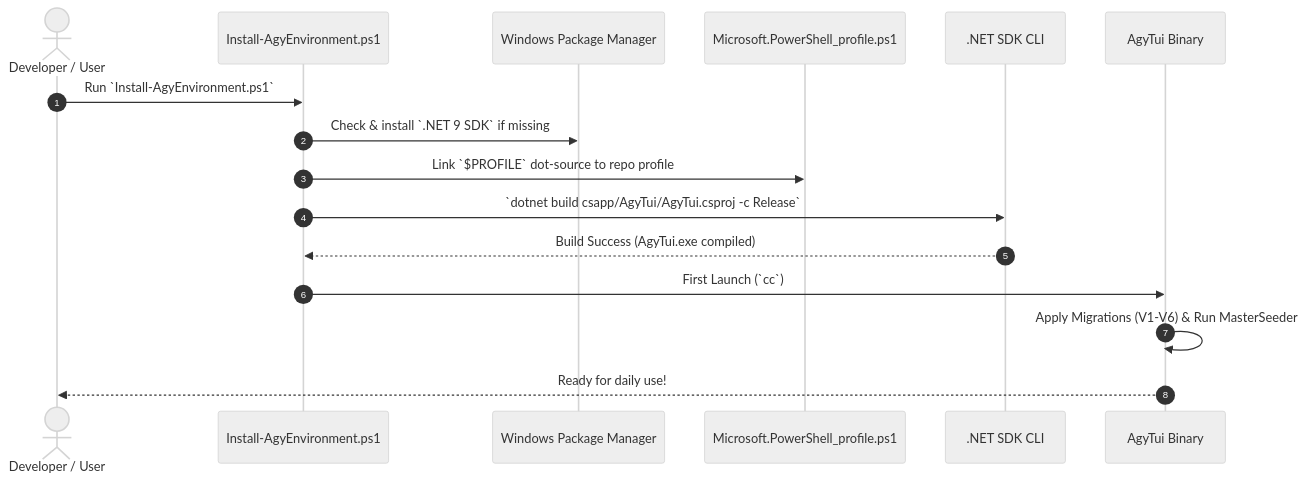
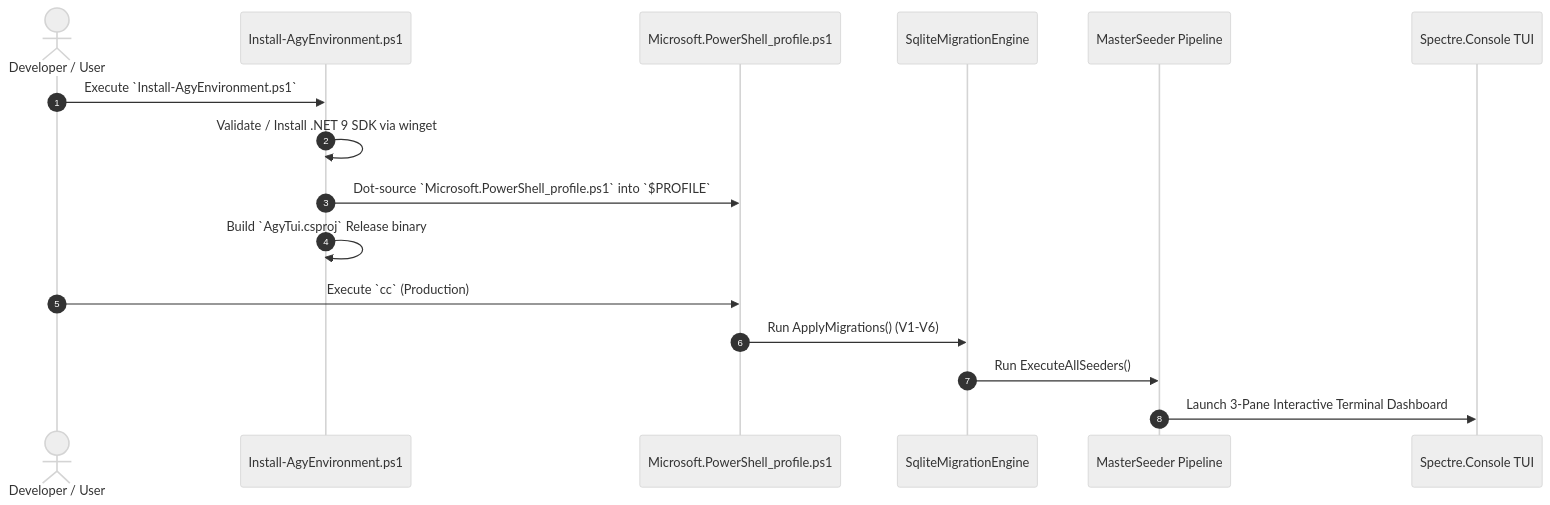
One commit to nhonvo/Powershell changed the diagram in docs/master_documentation_plan.md. Above: the diagram before and after it, drawn with Mermaid (neutral theme). The commit also changed other lines of this file, not shown here.

Commit message:
docs: define Standard Document Format, header template, and detailed outlines for all target documentation files

````diff
--- a/docs/master_documentation_plan.md
+++ b/docs/master_documentation_plan.md
@@ -61,19 +180,19 @@
 ```mermaid
 sequenceDiagram
     autonumber
-    actor Admin as Developer / User
-    participant Script as Install-AgyEnvironment.ps1
-    participant Winget as Windows Package Manager
+    actor Dev as Developer / User
+    participant Setup as Install-AgyEnvironment.ps1
     participant Profile as Microsoft.PowerShell_profile.ps1
-    participant DotNet as .NET SDK CLI
-    participant App as AgyTui Binary
+    participant Engine as SqliteMigrationEngine
+    participant Seeder as MasterSeeder Pipeline
+    participant TUI as Spectre.Console TUI
 
-    Admin->>Script: Run `Install-AgyEnvironment.ps1`
-    Script->>Winget: Check & install `.NET 9 SDK` if missing
-    Script->>Profile: Link `$PROFILE` dot-source to repo profile
-    Script->>DotNet: `dotnet build csapp/AgyTui/AgyTui.csproj -c Release`
-    DotNet-->>Script: Build Success (AgyTui.exe compiled)
-    Script->>App: First Launch (`cc`)
-    App->>App: Apply Migrations (V1-V6) & Run MasterSeeder
-    App-->>Admin: Ready for daily use!
+    Dev->>Setup: Execute `Install-AgyEnvironment.ps1`
+    Setup->>Setup: Validate / Install .NET 9 SDK via winget
+    Setup->>Profile: Dot-source `Microsoft.PowerShell_profile.ps1` into `$PROFILE`
+    Setup->>Setup: Build `AgyTui.csproj` Release binary
+    Dev->>Profile: Execute `cc` (Production)
+    Profile->>Engine: Run ApplyMigrations() (V1-V6)
+    Engine->>Seeder: Run ExecuteAllSeeders()
+    Seeder->>TUI: Launch 3-Pane Interactive Terminal Dashboard
 ```
````
